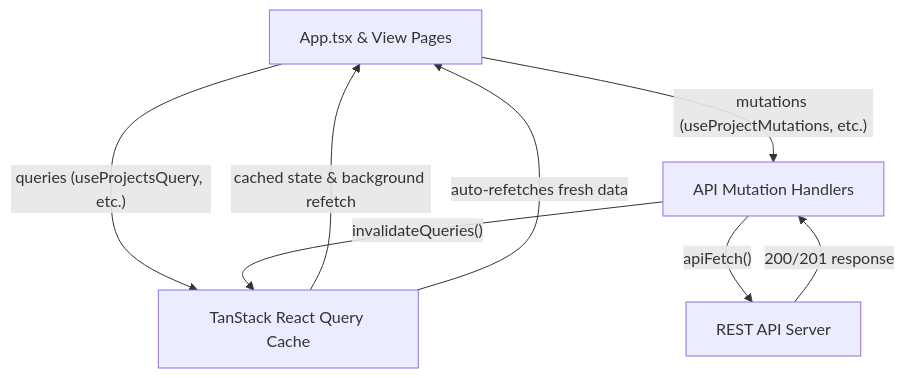
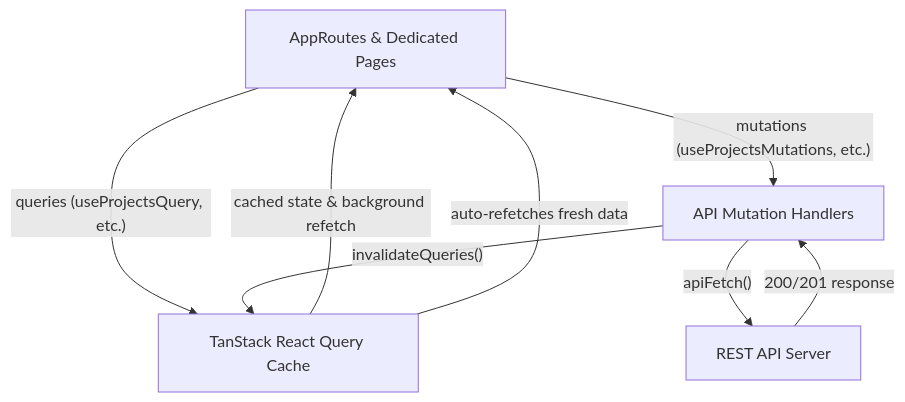
The first of 7 diagrams in docs/ARCHITECTURE.md (zigikralj/EGG_admin_client), drawn with Mermaid before and after one commit. The commit also changed other lines of this file and 139 other files, not shown here.

Commit message:
refactor: reorganize client project structure and modularize data management pages and components

````diff
--- a/docs/ARCHITECTURE.md
+++ b/docs/ARCHITECTURE.md
@@ -69,10 +75,10 @@
 ```mermaid
 graph TD
-    A["App.tsx & View Pages"] -->|"queries (useProjectsQuery, etc.)"| B["TanStack React Query Cache"]
+    A["AppRoutes & Dedicated Pages"] -->|"queries (useProjectsQuery, etc.)"| B["TanStack React Query Cache"]
     B -->|"cached state & background refetch"| A
-    A -->|"mutations (useProjectMutations, etc.)"| C["API Mutation Handlers"]
+    A -->|"mutations (useProjectsMutations, etc.)"| C["API Mutation Handlers"]
     C -->|"apiFetch()"| D["REST API Server"]
     D -->|"200/201 response"| C
     C -->|"invalidateQueries()"| B
     B -->|"auto-refetches fresh data"| A
 ```
````
